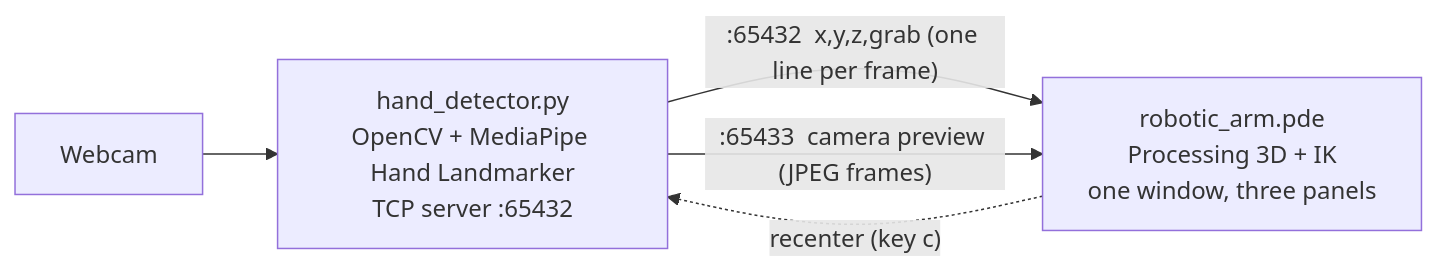
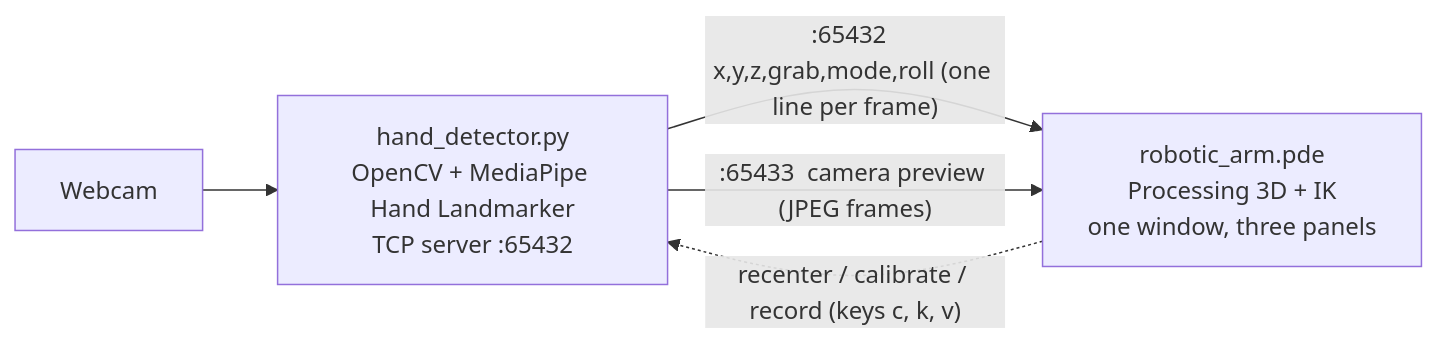
The diagram in README.md (jpcedanos/Visuocontrol-of-a-quasi-static-robot), drawn with Mermaid before and after one commit. The commit also changed other lines of this file and 2 other files, not shown here.

First line of the commit message:
Task mode with timing, metrics and per-attempt recording

````diff
--- a/README.md
+++ b/README.md
@@ -12,7 +12,7 @@
 ```mermaid
 flowchart LR
     WEB[Webcam] --> PY[hand_detector.py<br/>OpenCV + MediaPipe Hand Landmarker<br/>TCP server :65432]
-    PY -- ":65432  x,y,z,grab (one line per frame)" --> PDE[robotic_arm.pde<br/>Processing 3D + IK<br/>one window, three panels]
+    PY -- ":65432  x,y,z,grab,mode,roll (one line per frame)" --> PDE[robotic_arm.pde<br/>Processing 3D + IK<br/>one window, three panels]
     PY -- ":65433  camera preview (JPEG frames)" --> PDE
-    PDE -. "recenter (key c)" .-> PY
+    PDE -. "recenter / calibrate / record (keys c, k, v)" .-> PY
 ```
````
